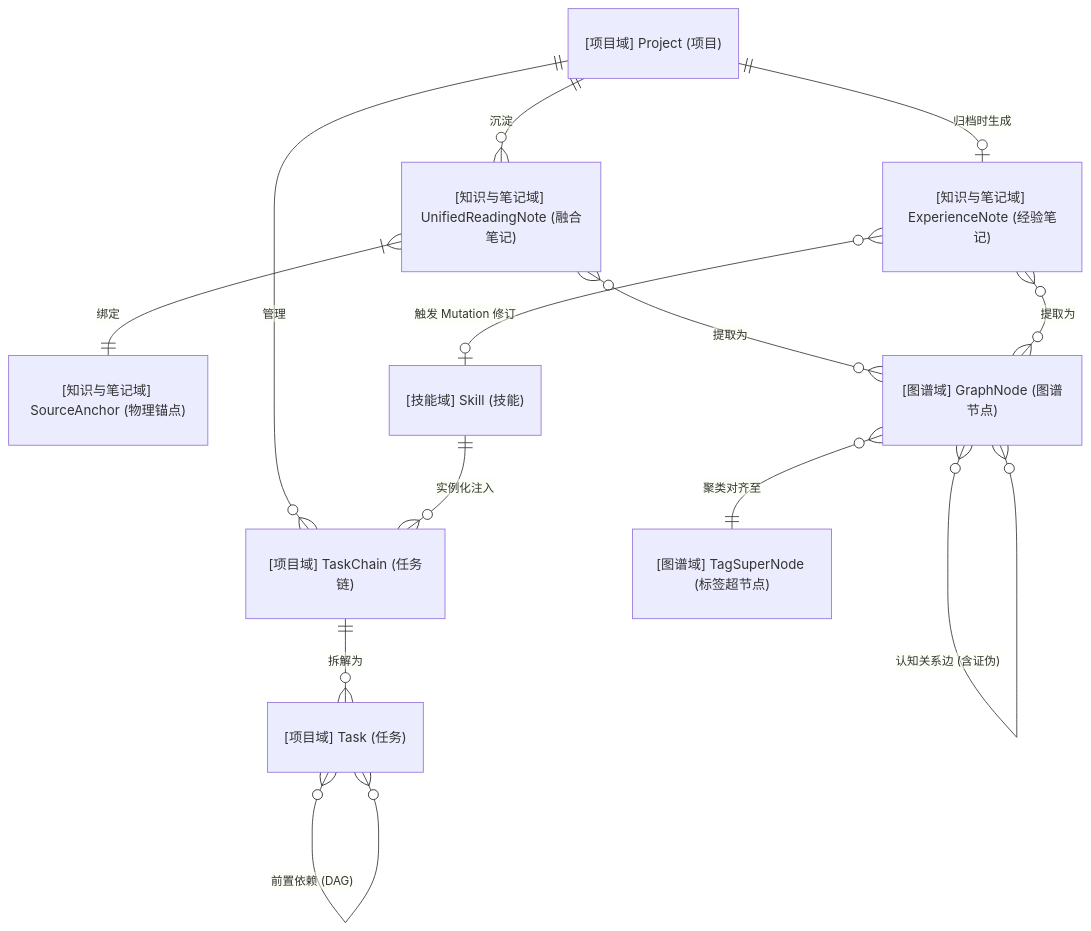
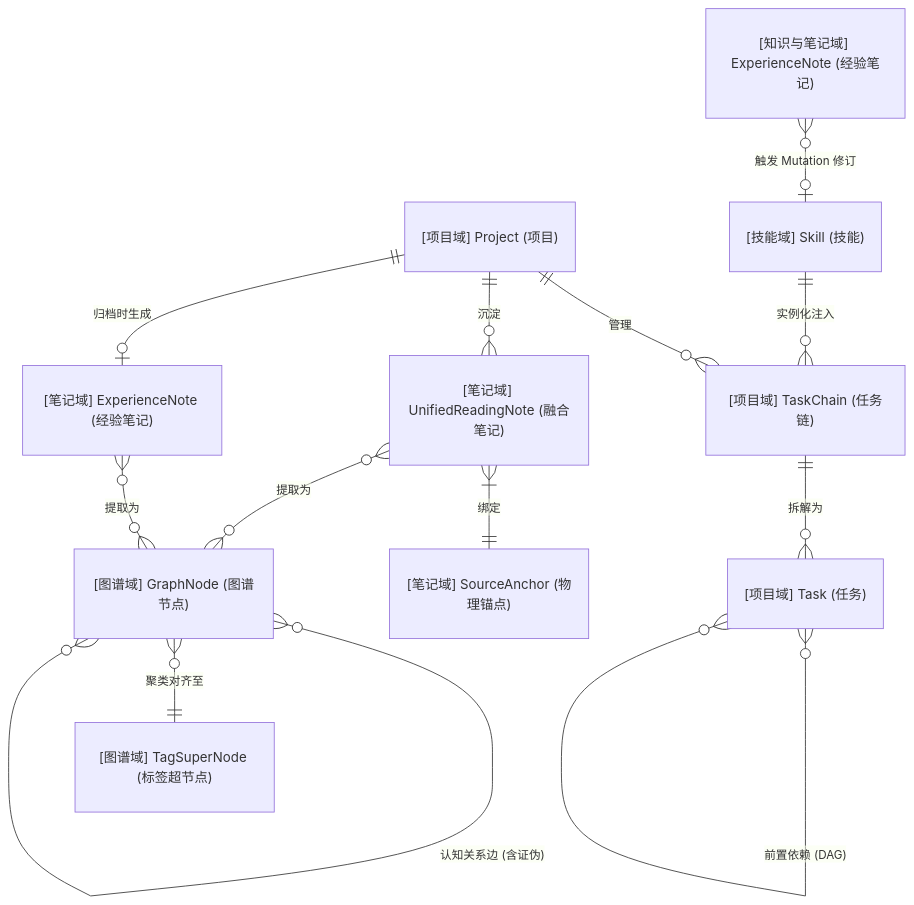
Before and after one commit to shanglihong/i-have-a-plan: the third of 3 diagrams in docs/06_system_architecture/backend_design_spec_v1.0.md, drawn with Mermaid. The commit also changed other lines of this file, not shown here.

Commit message:
docs: update backend design specification to v1.0 architecture standards

````diff
--- a/docs/06_system_architecture/backend_design_spec_v1.0.md
+++ b/docs/06_system_architecture/backend_design_spec_v1.0.md
@@ -165,22 +171,22 @@
 ```mermaid
 erDiagram
     %% 项目与任务领域
     "[项目域] Project (项目)" ||--o{ "[项目域] TaskChain (任务链)" : "管理"
     "[项目域] TaskChain (任务链)" ||--o{ "[项目域] Task (任务)" : "拆解为"
     "[项目域] Task (任务)" }o--o{ "[项目域] Task (任务)" : "前置依赖 (DAG)"
 
-    %% 混合知识与笔记领域
-    "[项目域] Project (项目)" ||--o{ "[知识与笔记域] UnifiedReadingNote (融合笔记)" : "沉淀"
-    "[项目域] Project (项目)" ||--o| "[知识与笔记域] ExperienceNote (经验笔记)" : "归档时生成"
-    "[知识与笔记域] UnifiedReadingNote (融合笔记)" }|--|| "[知识与笔记域] SourceAnchor (物理锚点)" : "绑定"
+    %% 独立笔记领域
+    "[项目域] Project (项目)" ||--o{ "[笔记域] UnifiedReadingNote (融合笔记)" : "沉淀"
+    "[项目域] Project (项目)" ||--o| "[笔记域] ExperienceNote (经验笔记)" : "归档时生成"
+    "[笔记域] UnifiedReadingNote (融合笔记)" }|--|| "[笔记域] SourceAnchor (物理锚点)" : "绑定"
     
-    %% 图谱领域 (混合知识引擎底层)
-    "[知识与笔记域] UnifiedReadingNote (融合笔记)" }o--o{ "[图谱域] GraphNode (图谱节点)" : "提取为"
-    "[知识与笔记域] ExperienceNote (经验笔记)" }o--o{ "[图谱域] GraphNode (图谱节点)" : "提取为"
+    %% 图谱领域 (异步下游消费者)
+    "[笔记域] UnifiedReadingNote (融合笔记)" }o--o{ "[图谱域] GraphNode (图谱节点)" : "提取为"
+    "[笔记域] ExperienceNote (经验笔记)" }o--o{ "[图谱域] GraphNode (图谱节点)" : "提取为"
     "[图谱域] GraphNode (图谱节点)" }o--o{ "[图谱域] GraphNode (图谱节点)" : "认知关系边 (含证伪)"
     "[图谱域] GraphNode (图谱节点)" }o--|| "[图谱域] TagSuperNode (标签超节点)" : "聚类对齐至"
 
     %% 技能提炼领域
     "[技能域] Skill (技能)" ||--o{ "[项目域] TaskChain (任务链)" : "实例化注入"
     "[知识与笔记域] ExperienceNote (经验笔记)" }o--o| "[技能域] Skill (技能)" : "触发 Mutation 修订"
 ```
````
